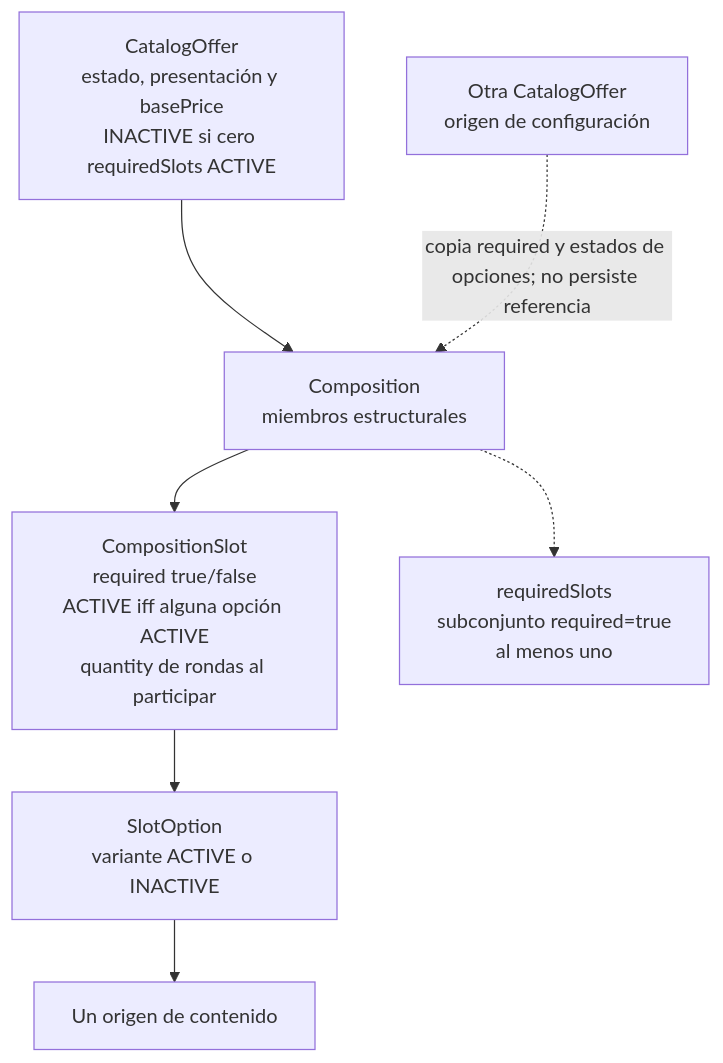
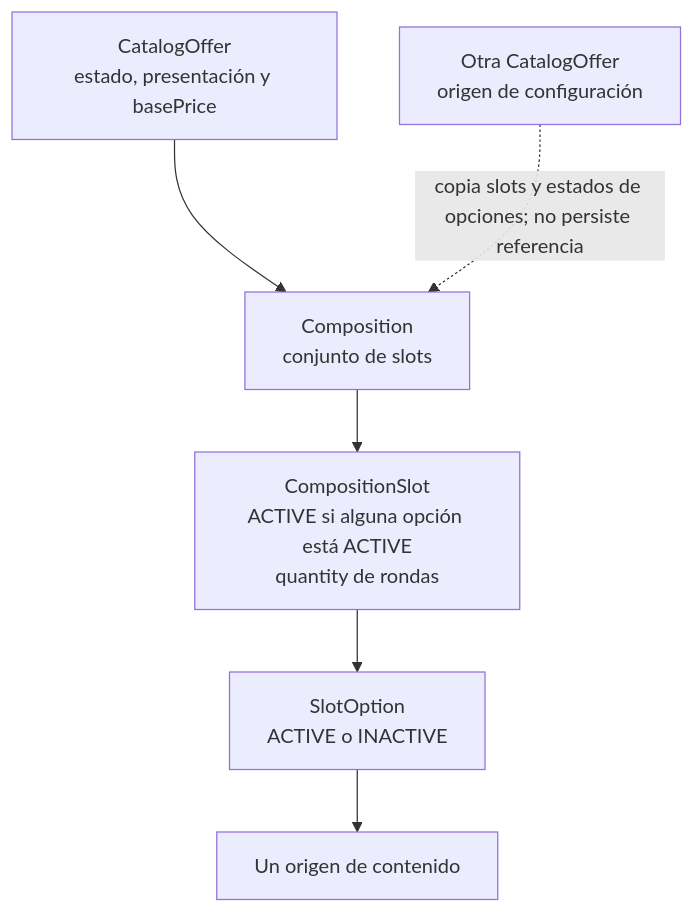
The second of 2 diagrams in docs/ers/context.md (FMAT-Restaurant/Menu-Documentation), drawn with Mermaid before and after one commit. The commit also changed other lines of this file and 12 other files, not shown here.

````diff
--- a/docs/ers/context.md
+++ b/docs/ers/context.md
@@ -100,9 +99,8 @@
 ```mermaid
 flowchart TD
-    Offer["CatalogOffer<br/>estado, presentación y basePrice<br/>INACTIVE si cero requiredSlots ACTIVE"] --> Composition["Composition<br/>miembros estructurales"]
-    Composition --> Slot["CompositionSlot<br/>required true/false<br/>ACTIVE iff alguna opción ACTIVE<br/>quantity de rondas al participar"]
-    Composition -.-> RequiredSlots["requiredSlots<br/>subconjunto required=true<br/>al menos uno"]
-    Slot --> SlotOption["SlotOption<br/>variante ACTIVE o INACTIVE"]
+    Offer["CatalogOffer<br/>estado, presentación y basePrice"] --> Composition["Composition<br/>conjunto de slots"]
+    Composition --> Slot["CompositionSlot<br/>ACTIVE si alguna opción está ACTIVE<br/>quantity de rondas"]
+    Slot --> SlotOption["SlotOption<br/>ACTIVE o INACTIVE"]
     SlotOption --> Source["Un origen de contenido"]
-    TemplateOffer["Otra CatalogOffer<br/>origen de configuración"] -. "copia required y estados de opciones; no persiste referencia" .-> Composition
+    TemplateOffer["Otra CatalogOffer<br/>origen de configuración"] -. "copia slots y estados de opciones; no persiste referencia" .-> Composition
 ```
````
